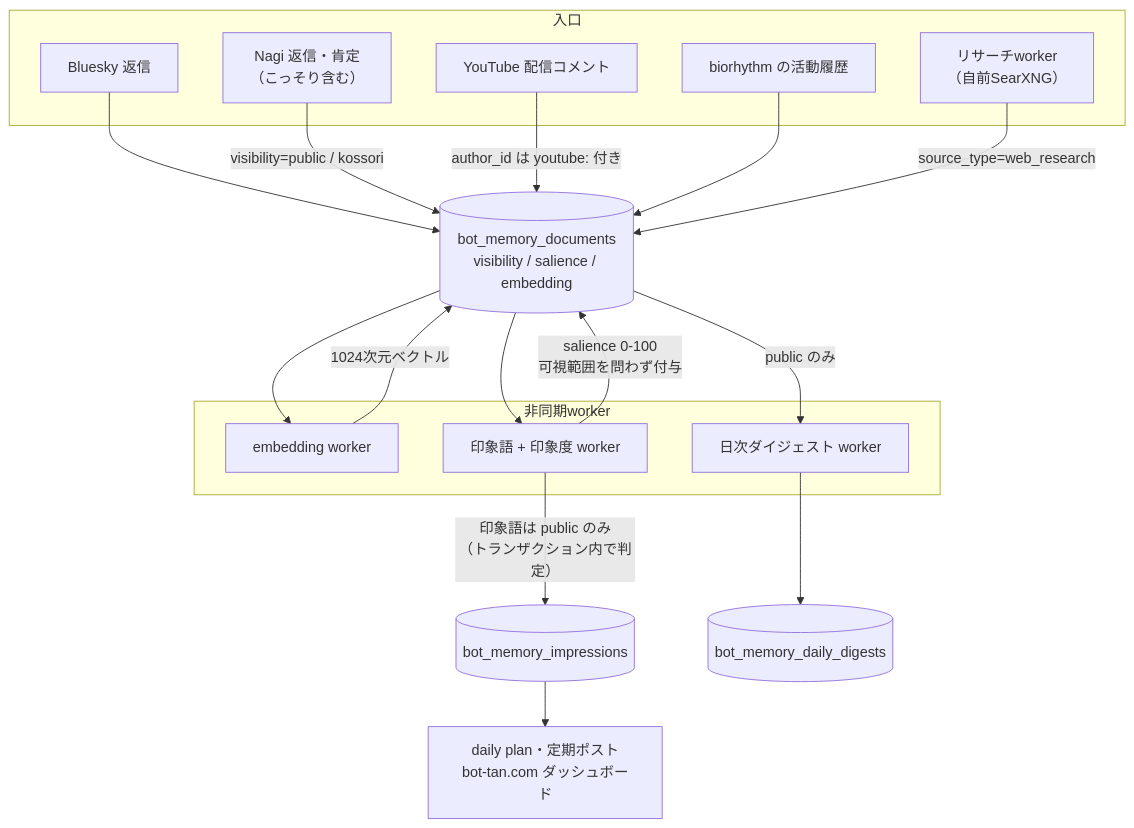
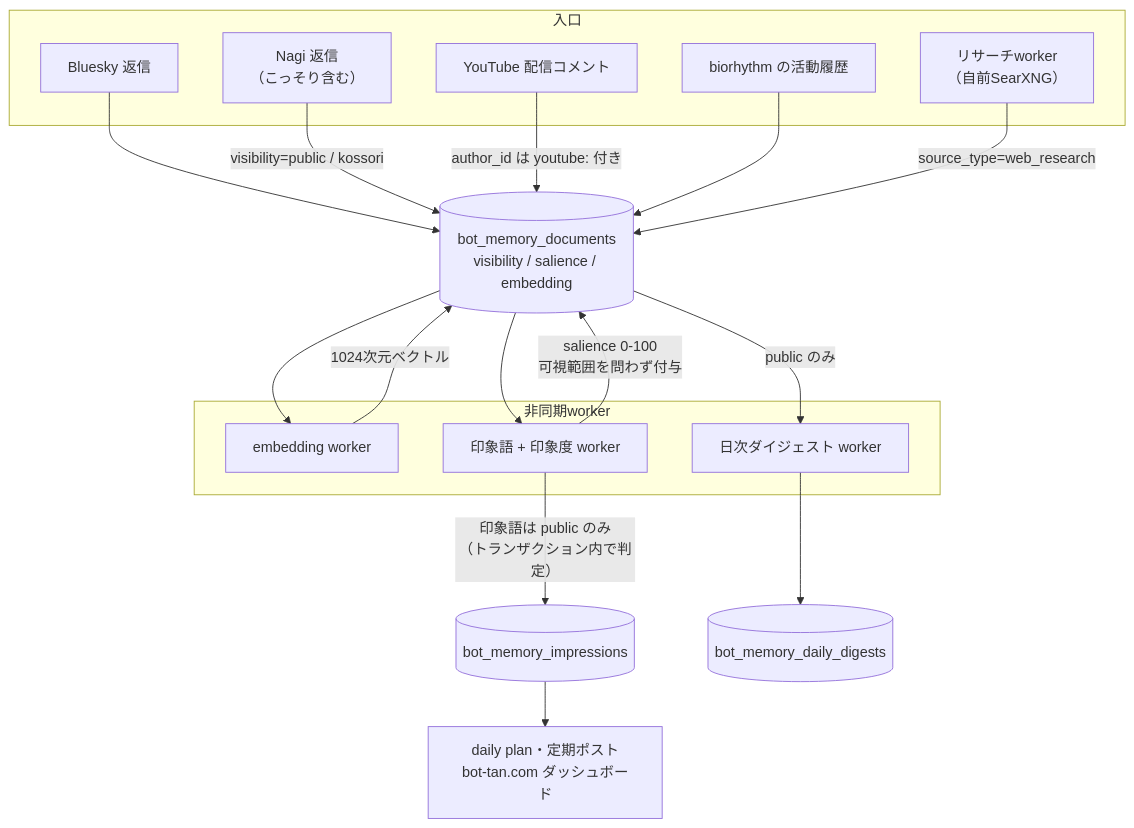
The second of 3 diagrams in apps/biorhythm_server/README.md (suibari/bot-tan-core), drawn with Mermaid before and after one commit.

Commit message:
README: 図の入口ラベルを Bluesky 側と揃える
「Nagi 返信・肯定」は Bluesky 側の「Bluesky 返信」と粒度が揃っていなかった。
両者とも affirmed_post と received_reply の2種類を持つので、片方だけ内訳を
書く理由が無い。

````diff
--- a/apps/biorhythm_server/README.md
+++ b/apps/biorhythm_server/README.md
@@ -171,34 +171,34 @@
 ```mermaid
 flowchart TB
   subgraph SRC["入口"]
     BSKY["Bluesky 返信"]
-    NAGI["Nagi 返信・肯定<br/>（こっそり含む）"]
+    NAGI["Nagi 返信<br/>（こっそり含む）"]
     YT["YouTube 配信コメント"]
     BIO["biorhythm の活動履歴"]
     RES["リサーチworker<br/>（自前SearXNG）"]
   end
 
   BSKY --> DOC
   NAGI -->|"visibility=public / kossori"| DOC
   YT -->|"author_id は youtube: 付き"| DOC
   BIO --> DOC
   RES -->|"source_type=web_research"| DOC
 
   DOC[("bot_memory_documents<br/>visibility / salience / embedding")]
 
   subgraph WK["非同期worker"]
     EMB["embedding worker"]
     IMP["印象語 + 印象度 worker"]
     DIG["日次ダイジェスト worker"]
   end
 
   DOC --> EMB
   EMB -->|"1024次元ベクトル"| DOC
   DOC --> IMP
   IMP -->|"salience 0-100<br/>可視範囲を問わず付与"| DOC
   IMP -->|"印象語は public のみ<br/>（トランザクション内で判定）"| IMPT[("bot_memory_impressions")]
   DOC -->|"public のみ"| DIG
   DIG --> DAILY[("bot_memory_daily_digests")]
 
   IMPT --> PUB["daily plan・定期ポスト<br/>bot-tan.com ダッシュボード"]
 ```
````
